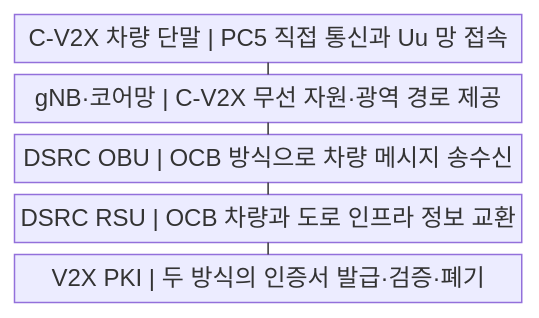
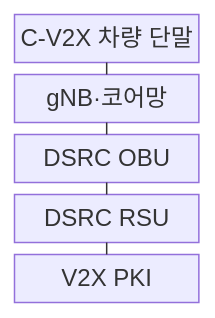
Before and after one commit to agnusdei1207/knowledge-base: the first of 2 diagrams in src/content/docs/notes/04-network/050_c_v2x_dsrc.md, drawn with Mermaid. The commit also changed 122 other files, not shown here.

````diff
--- a/src/content/docs/notes/04-network/050_c_v2x_dsrc.md
+++ b/src/content/docs/notes/04-network/050_c_v2x_dsrc.md
@@ -57,13 +57,13 @@
 ```mermaid
-block
+block-beta
     columns 1
-    A["C-V2X 차량 단말 | PC5 직접 통신과 Uu 망 접속"]
-    B["gNB·코어망 | C-V2X 무선 자원·광역 경로 제공"]
-    C["DSRC OBU | OCB 방식으로 차량 메시지 송수신"]
-    D["DSRC RSU | OCB 차량과 도로 인프라 정보 교환"]
-    E["V2X PKI | 두 방식의 인증서 발급·검증·폐기"]
+    A["C-V2X 차량 단말"]
+    B["gNB·코어망"]
+    C["DSRC OBU"]
+    D["DSRC RSU"]
+    E["V2X PKI"]
     A --- B
     B --- C
     C --- D
     D --- E
 ```
````
